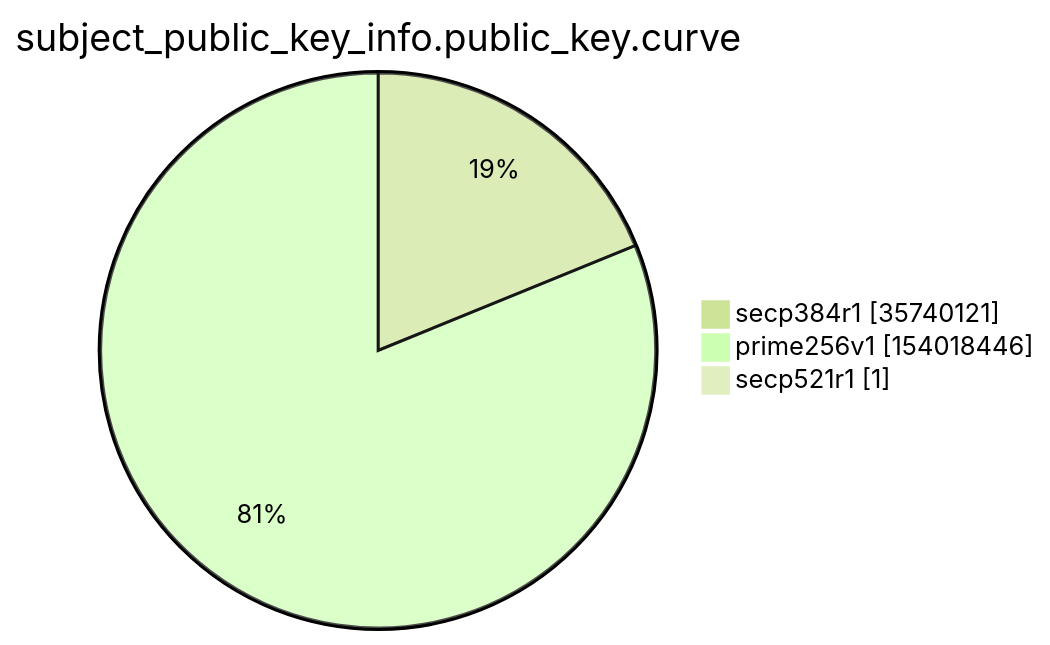
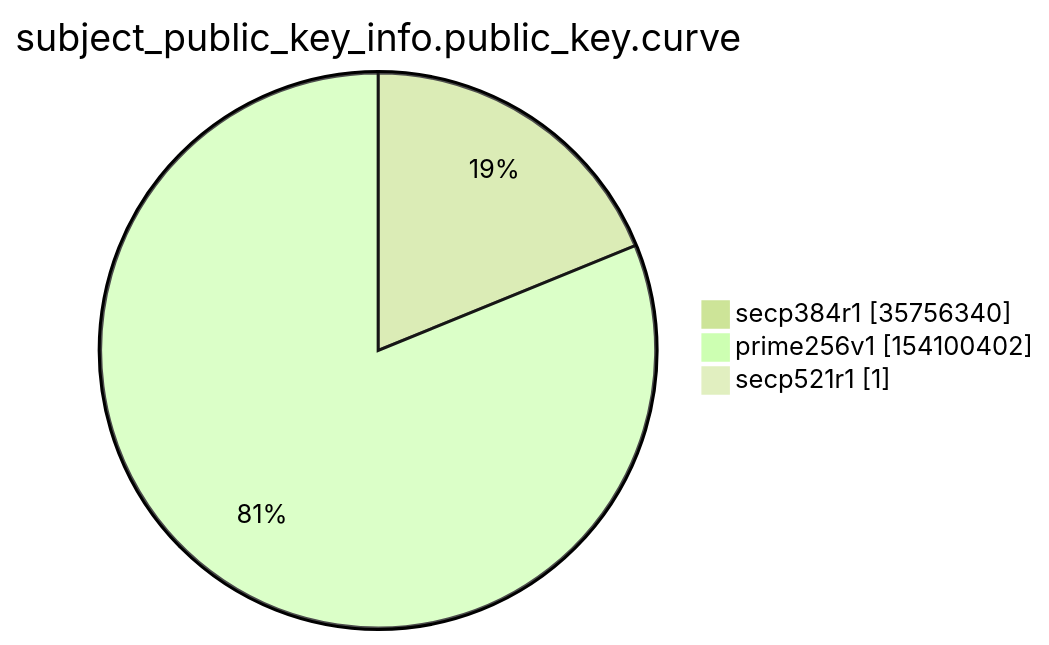
The ninth of 15 diagrams in argon2022/README.md (christiankrug/ctmonitor_visualization), drawn with Mermaid (forest theme) before and after one commit. The commit also changed other lines of this file, not shown here.

````diff
--- a/argon2022/README.md
+++ b/argon2022/README.md
@@ -2765,7 +2765,7 @@
 ```mermaid
 pie showData
 title subject_public_key_info.public_key.curve
-"secp384r1" :35740121
-"prime256v1" :154018446
+"secp384r1" :35756340
+"prime256v1" :154100402
 "secp521r1" :1
 ```
````
